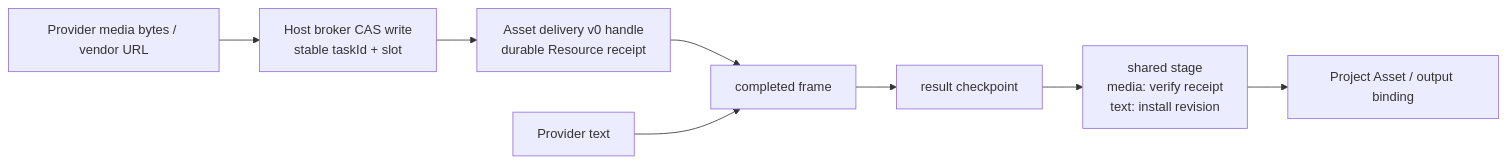
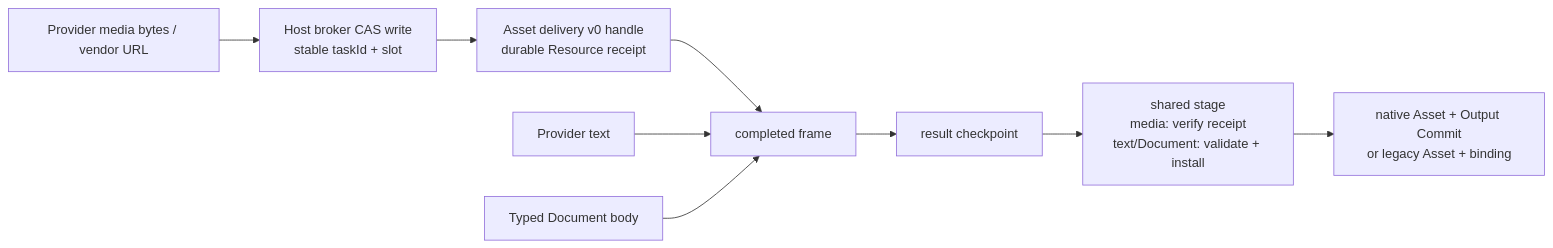
Before and after one commit to clash-space/clash: the second of 2 diagrams in apps/docs/guide/durable-run-protocol.md, drawn with Mermaid. The commit also changed other lines of this file and 397 other files, not shown here.

````diff
--- a/apps/docs/guide/durable-run-protocol.md
+++ b/apps/docs/guide/durable-run-protocol.md
@@ -189,10 +205,11 @@
 ```mermaid
 flowchart LR
   media["Provider media bytes / vendor URL"] --> brokerWrite["Host broker CAS write<br/>stable taskId + slot"]
   brokerWrite --> mediaReceipt["Asset delivery v0 handle<br/>durable Resource receipt"]
   mediaReceipt --> completedFrame["completed frame"]
   text["Provider text"] --> completedFrame
+  document["Typed Document body"] --> completedFrame
   completedFrame --> resultCheckpoint["result checkpoint"]
-  resultCheckpoint --> finalStage["shared stage<br/>media: verify receipt<br/>text: install revision"]
-  finalStage --> projectOutput["Project Asset / output binding"]
+  resultCheckpoint --> finalStage["shared stage<br/>media: verify receipt<br/>text/Document: validate + install"]
+  finalStage --> projectOutput["native Asset + Output Commit<br/>or legacy Asset + binding"]
 ```
````
